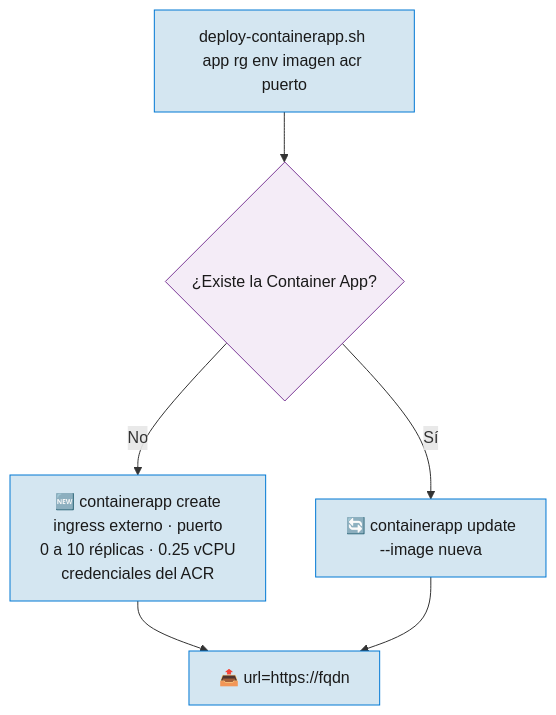
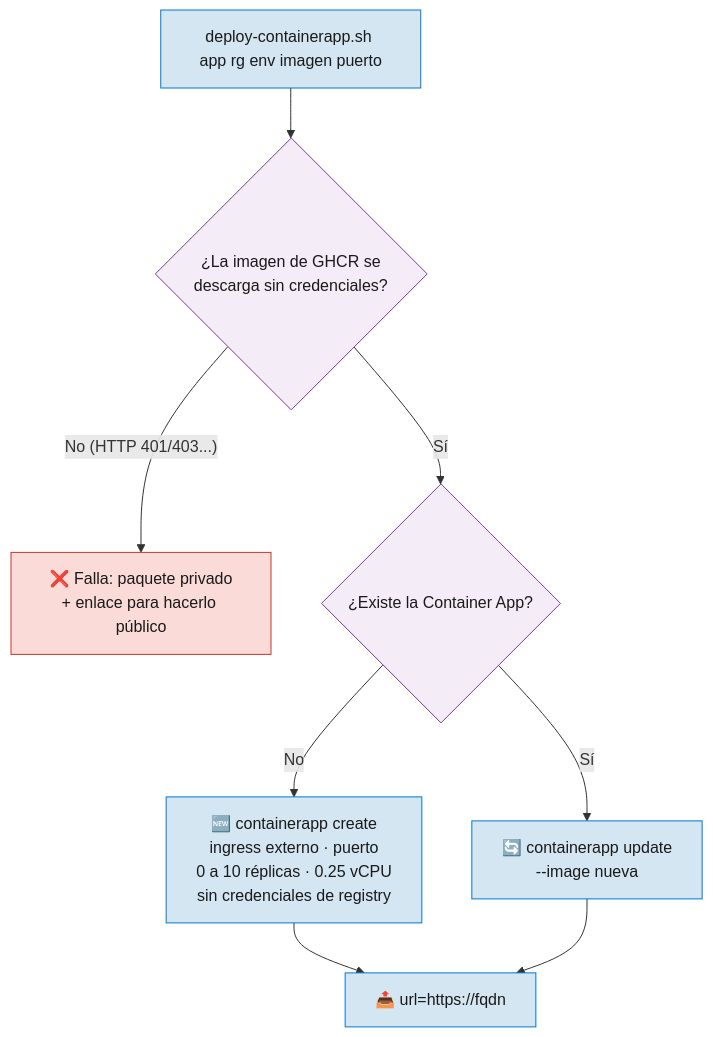
One commit to yembertQC/Reto_Platform-Enginner_ED-Team changed the sixth of 7 diagrams in doc/05-Pipeline-CD-Despliegue.md. Above: the diagram before and after it, drawn with Mermaid. The commit also changed other lines of this file and 28 other files, not shown here.

````diff
--- a/doc/05-Pipeline-CD-Despliegue.md
+++ b/doc/05-Pipeline-CD-Despliegue.md
@@ -163,13 +182,17 @@
 ```mermaid
 flowchart TB
-    IN["deploy-containerapp.sh app rg env imagen acr puerto"] --> Q{"¿Existe la Container App?"}
-    Q -->|"No"| C["🆕 containerapp create<br/>ingress externo · puerto<br/>0 a 10 réplicas · 0.25 vCPU<br/>credenciales del ACR"]
+    IN["deploy-containerapp.sh app rg env imagen puerto"] --> P{"¿La imagen de GHCR se<br/>descarga sin credenciales?"}
+    P -->|"No (HTTP 401/403...)"| ERR["❌ Falla: paquete privado<br/>+ enlace para hacerlo público"]
+    P -->|"Sí"| Q{"¿Existe la Container App?"}
+    Q -->|"No"| C["🆕 containerapp create<br/>ingress externo · puerto<br/>0 a 10 réplicas · 0.25 vCPU<br/>sin credenciales de registry"]
     Q -->|"Sí"| U["🔄 containerapp update<br/>--image nueva"]
     C --> OUT["📤 url=https://fqdn"]
     U --> OUT
 
     classDef q fill:#F4ECF7,stroke:#7D3C98,color:#1a1a1a
     classDef z fill:#D4E6F1,stroke:#0078D4,color:#1a1a1a
-    class Q q
+    classDef err fill:#FADBD8,stroke:#C0392B,color:#1a1a1a
+    class P,Q q
     class C,U,OUT,IN z
+    class ERR err
 ```
````
